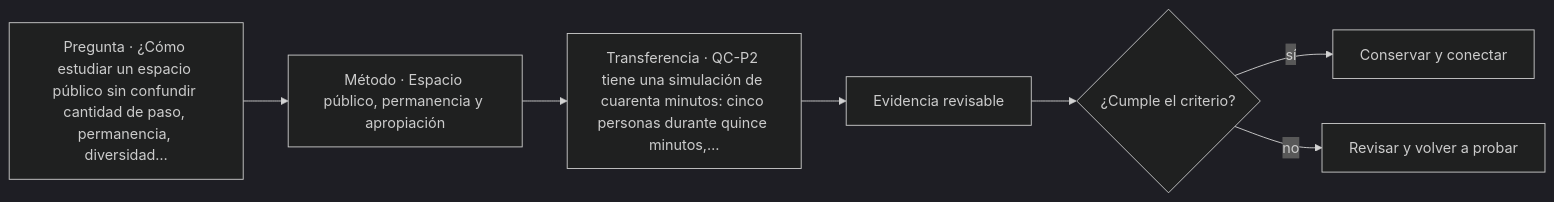
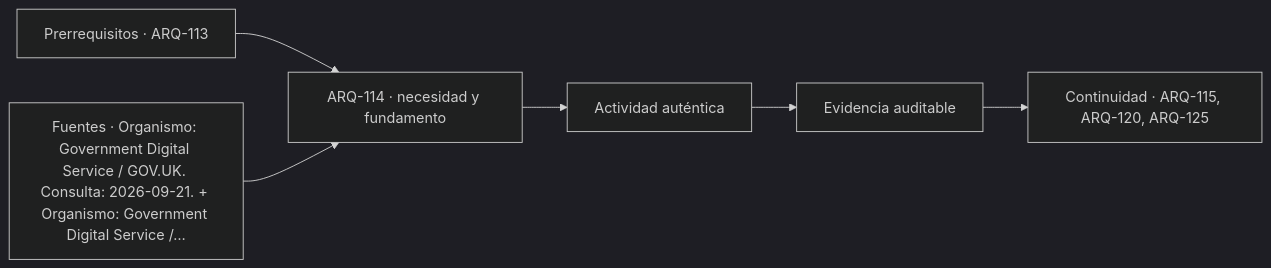
The diagram in classes/parte-12/ARQ-114.md (vladimiracunadev-create/architecture-built-environment-learning-program), drawn with Mermaid (dark theme) before and after one commit. The commit also changed other lines of this file and 761 other files, not shown here.

````diff
--- a/classes/parte-12/ARQ-114.md
+++ b/classes/parte-12/ARQ-114.md
@@ -112,9 +124,8 @@
 ```mermaid
 flowchart LR
-    Q["Pregunta · ¿Cómo estudiar un espacio público sin confundir cantidad de paso, permanencia, diversidad…"] --> M["Método · Espacio público, permanencia y apropiación"]
-    M --> P["Transferencia · QC-P2 tiene una simulación de cuarenta minutos: cinco personas durante quince minutos,…"]
-    P --> E["Evidencia revisable"]
-    E --> C{"¿Cumple el criterio?"}
-    C -->|sí| T["Conservar y conectar"]
-    C -->|no| R["Revisar y volver a probar"]
+    A["Prerrequisitos · ARQ-113"] --> B["ARQ-114 · necesidad y fundamento"]
+    S["Fuentes · Organismo: Government Digital Service / GOV.UK. Consulta: 2026-09-21. + Organismo: Government Digital Service /…"] --> B
+    B --> C["Actividad auténtica"]
+    C --> D["Evidencia auditable"]
+    D --> E["Continuidad · ARQ-115, ARQ-120, ARQ-125"]
 ```
````
